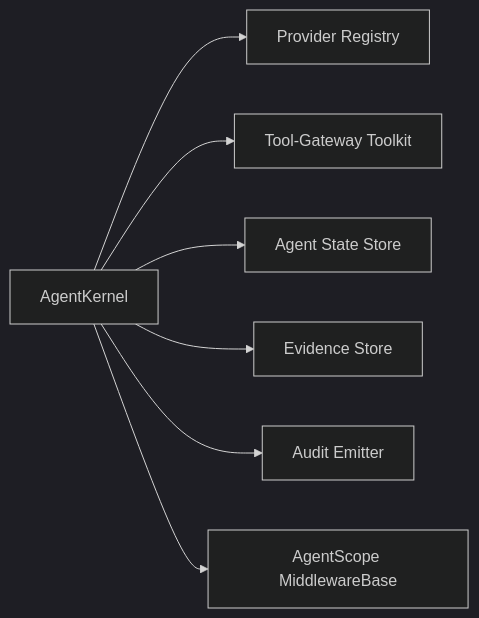
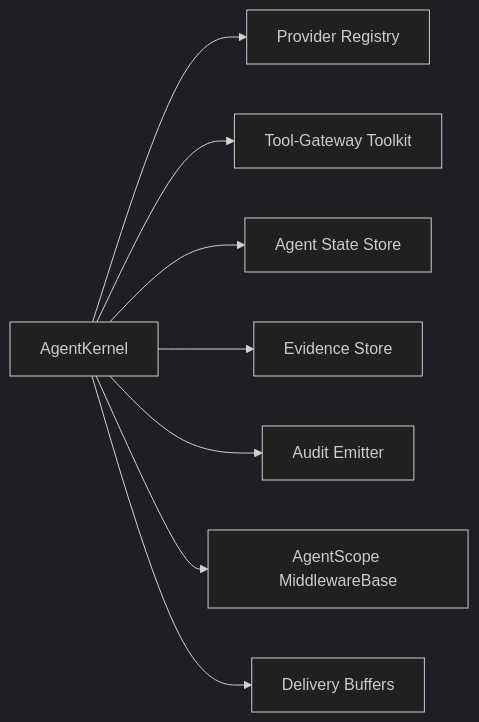
One commit to metasync/luban-aiops changed the ninth of 9 diagrams in .qoder/repowiki/en/content/Core Services/Agent Platform/Runtime Kernel and Middleware.md. Above: the diagram before and after it, drawn with Mermaid (dark theme). The commit also changed other lines of this file and 56 other files, not shown here.

````diff
--- a/.qoder/repowiki/en/content/Core Services/Agent Platform/Runtime Kernel and Middleware.md
+++ b/.qoder/repowiki/en/content/Core Services/Agent Platform/Runtime Kernel and Middleware.md
@@ -326,9 +428,10 @@
 ```mermaid
 graph LR
 Kernel["AgentKernel"] --> Provider["Provider Registry"]
 Kernel --> Toolkit["Tool-Gateway Toolkit"]
 Kernel --> StateStore["Agent State Store"]
 Kernel --> EvidenceStore["Evidence Store"]
 Kernel --> Audit["Audit Emitter"]
 Kernel --> Middleware["AgentScope MiddlewareBase"]
+Kernel --> DeliveryBuffers["Delivery Buffers"]
 ```
````
